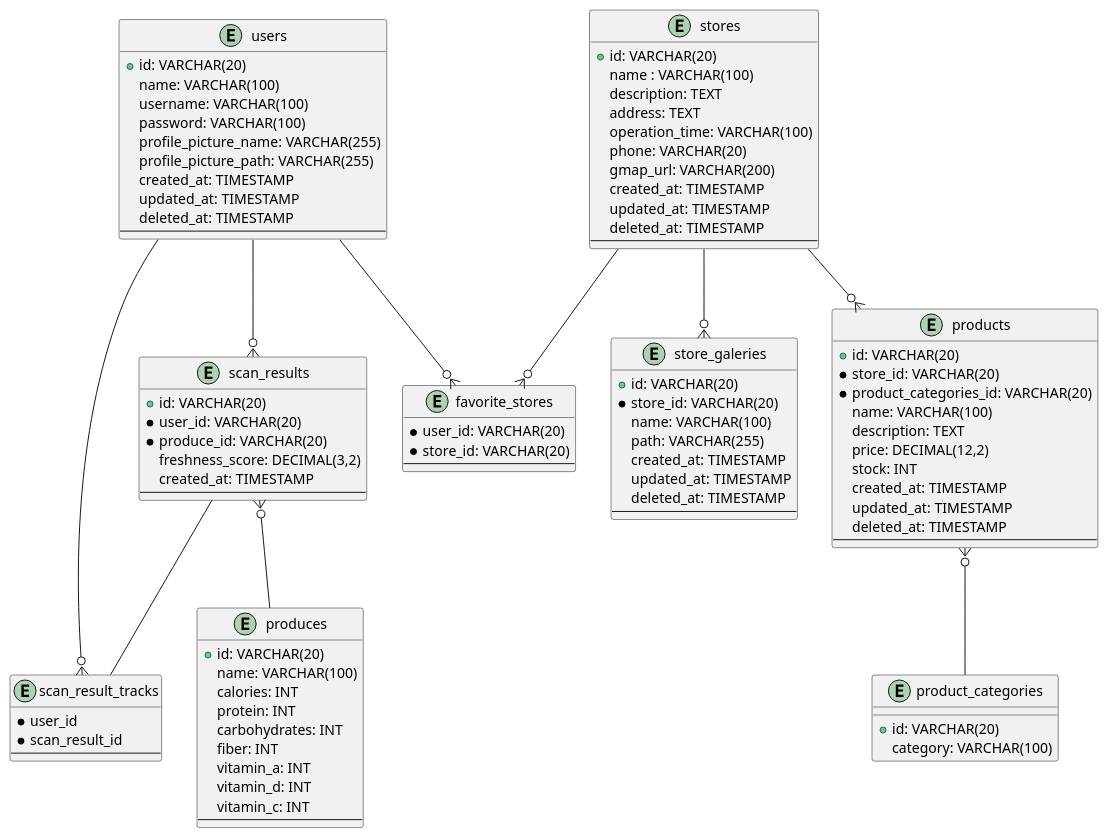
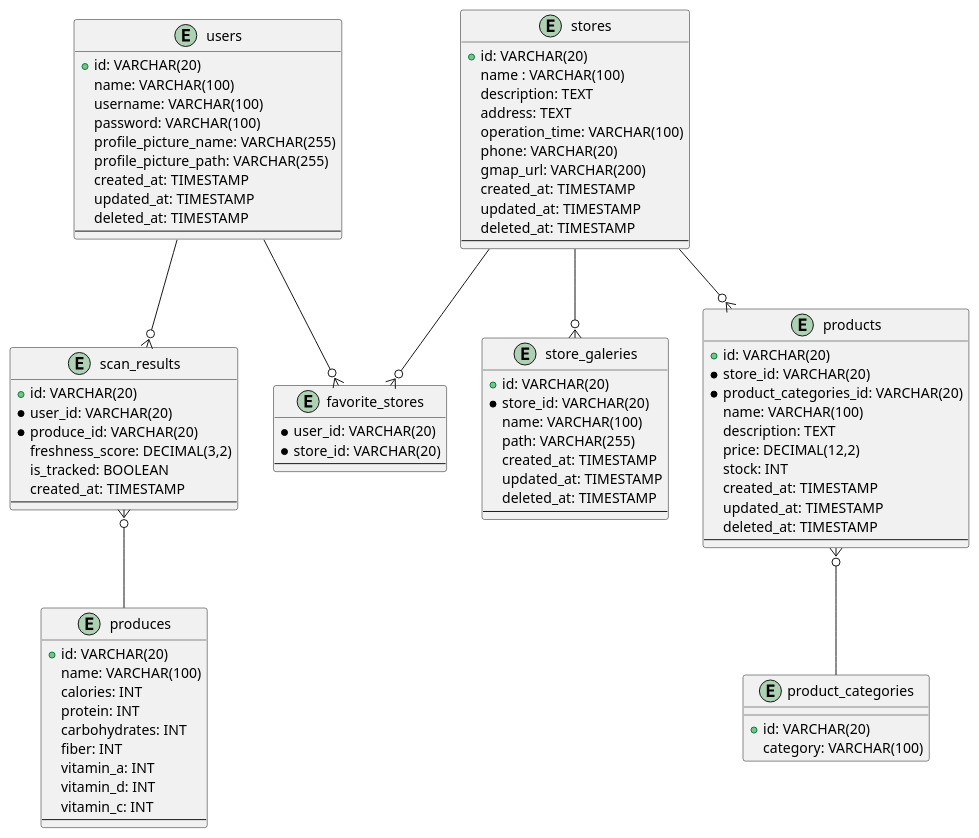
One commit to C242-PS431/fresh-guard-backend changed the diagram in docs/erd/fresh-guard-erd.plantuml. Above: the diagram before and after it, drawn with PlantUML. The commit also changed 12 other files, not shown here.

```diff
--- a/docs/erd/fresh-guard-erd.plantuml
+++ b/docs/erd/fresh-guard-erd.plantuml
@@ -1,104 +1,97 @@
 @startuml fresh-guard-erd
 
 entity users {
     +id: VARCHAR(20)
     name: VARCHAR(100)
     username: VARCHAR(100)
     password: VARCHAR(100)
     profile_picture_name: VARCHAR(255)
     profile_picture_path: VARCHAR(255)
     created_at: TIMESTAMP
     updated_at: TIMESTAMP
     deleted_at: TIMESTAMP
     --
 }
 
 entity scan_results {
     +id: VARCHAR(20)
     *user_id: VARCHAR(20)
     *produce_id: VARCHAR(20)
     freshness_score: DECIMAL(3,2)
+    is_tracked: BOOLEAN
     created_at: TIMESTAMP
-    --
-}
-
-entity scan_result_tracks {
-    *user_id
-    *scan_result_id
     --
 }
 
 entity produces {
     +id: VARCHAR(20)
     name: VARCHAR(100)
     calories: INT
     protein: INT
     carbohydrates: INT 
     fiber: INT
     vitamin_a: INT
     vitamin_d: INT
     vitamin_c: INT
     --
 }
 
 entity stores {
     +id: VARCHAR(20)
     name : VARCHAR(100)
     description: TEXT
     address: TEXT
     operation_time: VARCHAR(100)
     phone: VARCHAR(20)
     gmap_url: VARCHAR(200)
     created_at: TIMESTAMP
     updated_at: TIMESTAMP
     deleted_at: TIMESTAMP
     --
 }
 
 entity store_galeries {
     +id: VARCHAR(20)
     *store_id: VARCHAR(20)
     name: VARCHAR(100)
     path: VARCHAR(255)
     created_at: TIMESTAMP
     updated_at: TIMESTAMP
     deleted_at: TIMESTAMP
     --
 }
 
 entity favorite_stores {
     *user_id: VARCHAR(20)
     *store_id: VARCHAR(20)
     --
 }
 
 entity products {
     +id: VARCHAR(20)
     *store_id: VARCHAR(20)
     *product_categories_id: VARCHAR(20)
     name: VARCHAR(100)
     description: TEXT
     price: DECIMAL(12,2)
     stock: INT
     created_at: TIMESTAMP
     updated_at: TIMESTAMP
     deleted_at: TIMESTAMP
     ---
 }
 
 entity product_categories {
     +id: VARCHAR(20)
     category: VARCHAR(100)
 }
 
 ' Relations
 users --o{ scan_results
 scan_results }o-- produces
 users --o{ favorite_stores
 stores --o{ favorite_stores
 stores --o{ products
 products }o-- product_categories
 stores --o{ store_galeries
-users --o{ scan_result_tracks
-scan_results -- scan_result_tracks 
 @enduml
```
